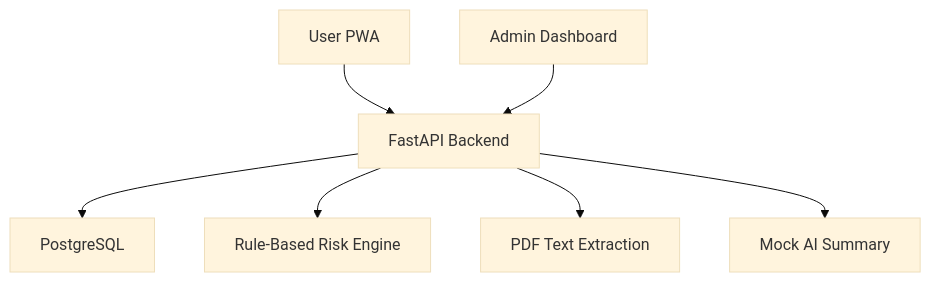
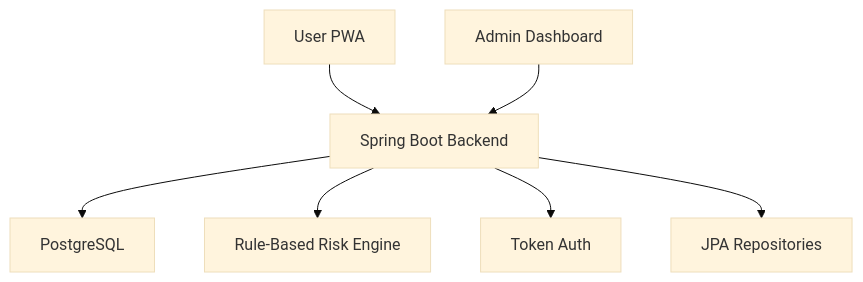
The diagram in docs/architecture.md (VAMSIBALAKIRANPOLISETTY/PMS_PROJECT), drawn with Mermaid (base theme) before and after one commit. The commit also changed other lines of this file and 61 other files, not shown here.

Commit message:
Convert PMS to Spring Boot and TypeScript

````diff
--- a/docs/architecture.md
+++ b/docs/architecture.md
@@ -3,9 +3,9 @@
 ```mermaid
 flowchart TD
-  A["User PWA"] --> B["FastAPI Backend"]
+  A["User PWA"] --> B["Spring Boot Backend"]
   C["Admin Dashboard"] --> B
   B --> D["PostgreSQL"]
   B --> E["Rule-Based Risk Engine"]
-  B --> F["PDF Text Extraction"]
-  B --> G["Mock AI Summary"]
+  B --> F["Token Auth"]
+  B --> G["JPA Repositories"]
 ```
````
